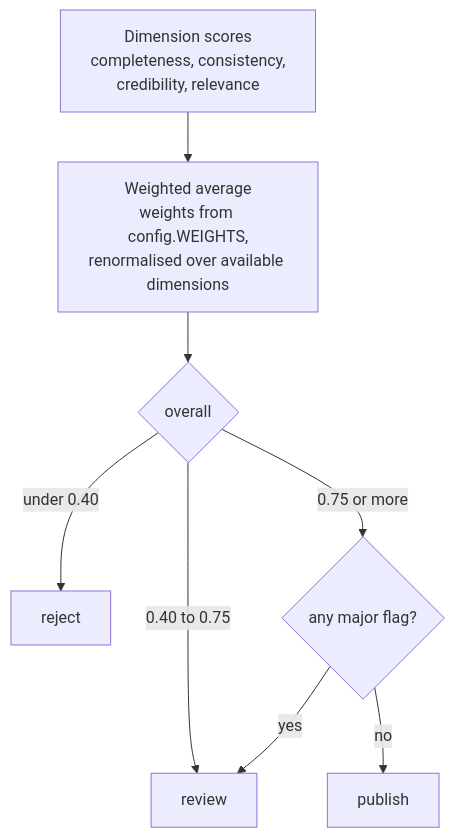
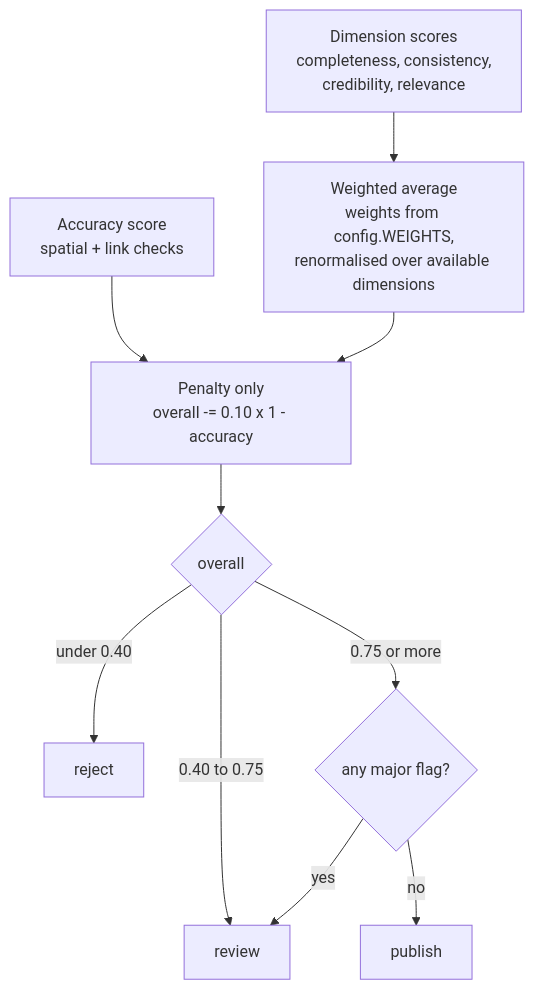
The second of 2 diagrams in qc/README.md (ahmadkhanraj01/SoilWise_Data_Quality_Check), drawn with Mermaid before and after one commit. The commit also changed other lines of this file and 15 other files, not shown here.

````diff
--- a/qc/README.md
+++ b/qc/README.md
@@ -48,10 +48,12 @@
 ```mermaid
 flowchart TD
     S[Dimension scores<br/>completeness, consistency,<br/>credibility, relevance] --> W[Weighted average<br/>weights from config.WEIGHTS,<br/>renormalised over available dimensions]
-    W --> A{overall}
+    ACC[Accuracy score<br/>spatial + link checks] --> PEN[Penalty only<br/>overall -= 0.10 x 1 - accuracy]
+    W --> PEN
+    PEN --> A{overall}
     A -->|under 0.40| R[reject]
     A -->|0.40 to 0.75| V[review]
     A -->|0.75 or more| M{any major flag?}
     M -->|no| P[publish]
     M -->|yes| V
 ```
````
